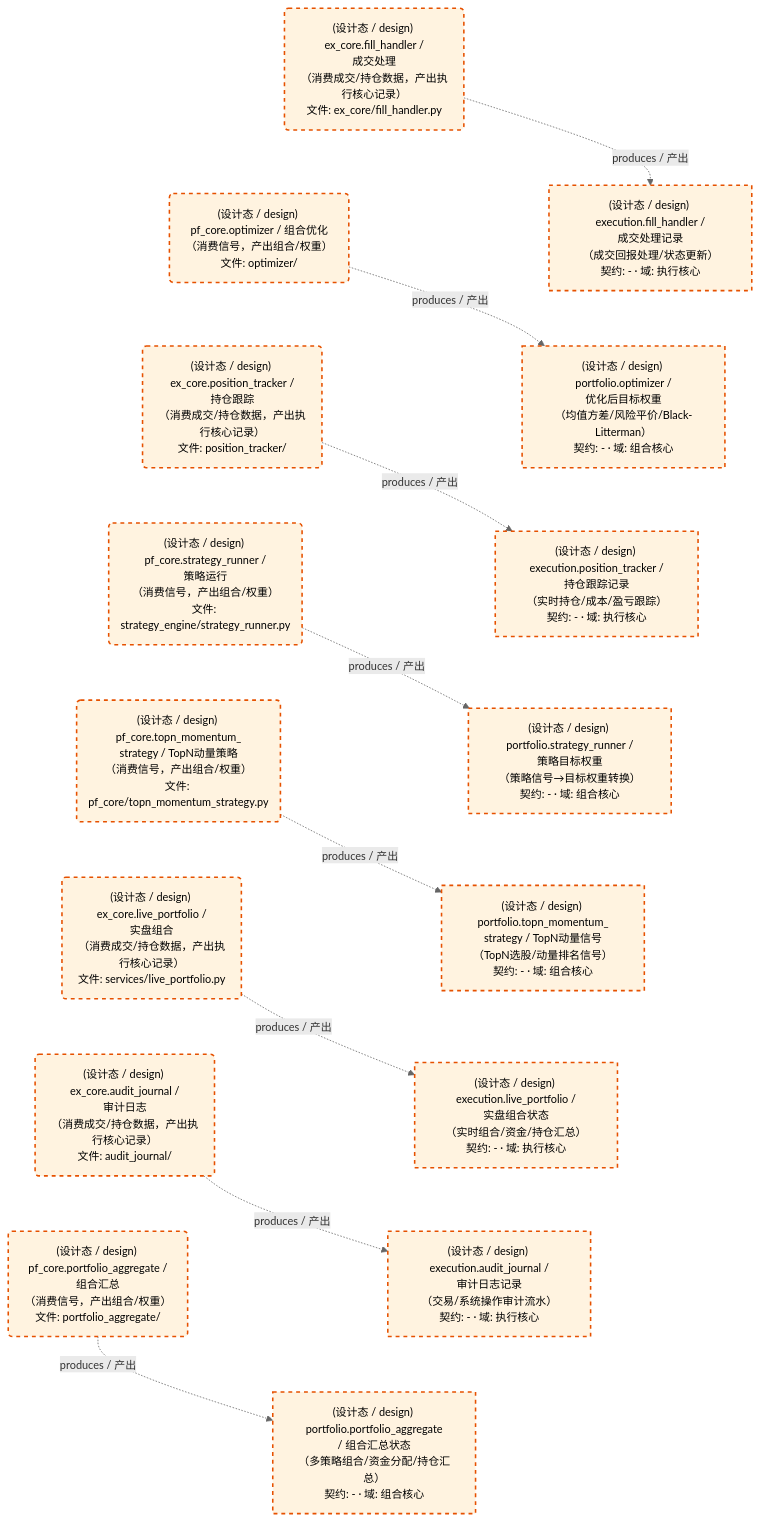
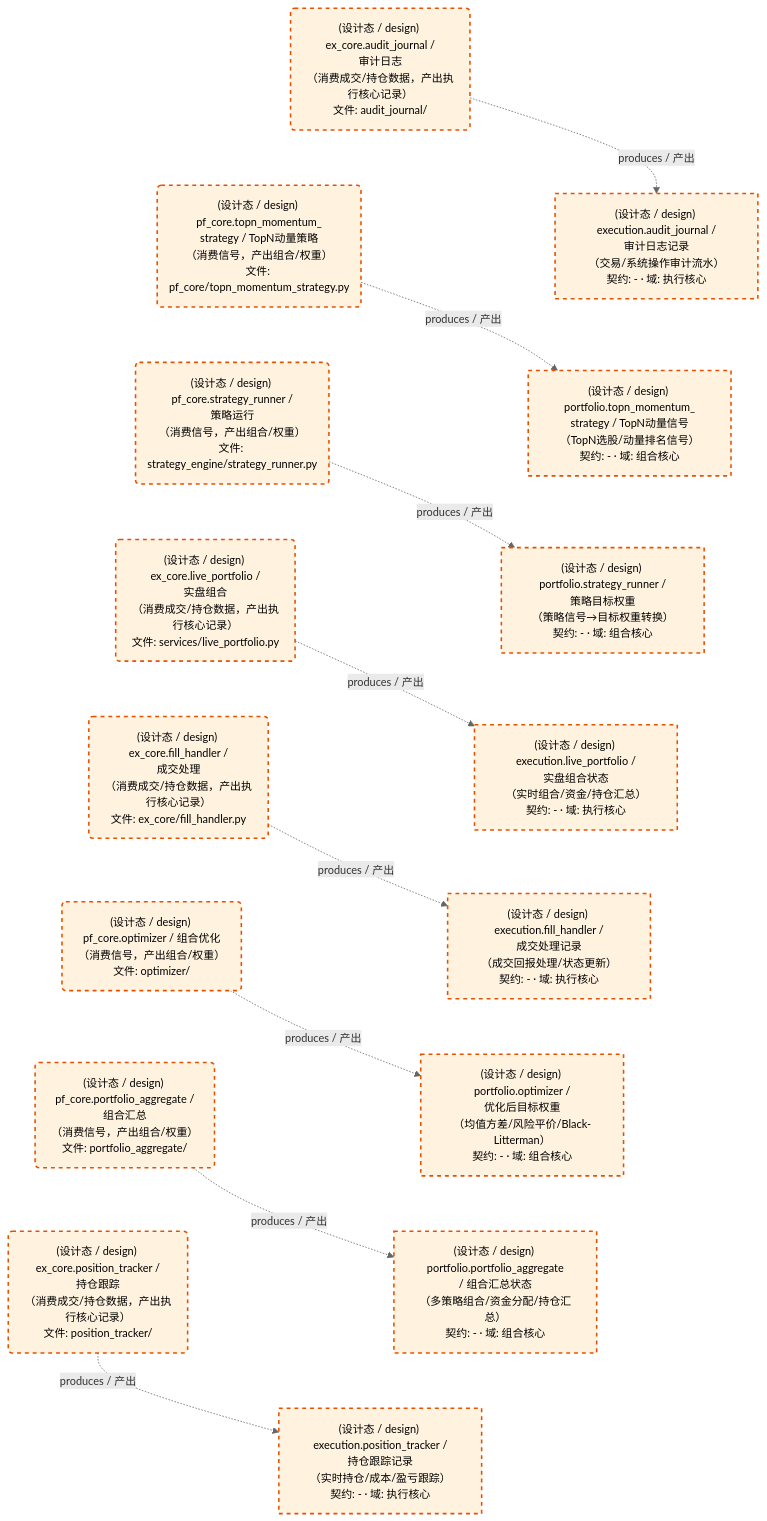
The third of 3 diagrams in docs/02_enterprise_architecture/05_dataflow_architecture/d_ex_pf_core.md (xuanFelixVan/ZephyrAlpha), drawn with Mermaid before and after one commit. The commit also changed other lines of this file and 190 other files, not shown here.

````diff
--- a/docs/02_enterprise_architecture/05_dataflow_architecture/d_ex_pf_core.md
+++ b/docs/02_enterprise_architecture/05_dataflow_architecture/d_ex_pf_core.md
@@ -144,47 +144,47 @@
 ```mermaid
 %%{init: {'theme': 'base', 'themeVariables': {'primaryColor': '#eaeaea', 'primaryTextColor': '#333333', 'primaryBorderColor': '#666666', 'lineColor': '#666666', 'secondaryColor': '#eaeaea', 'tertiaryColor': '#eaeaea', 'clusterBkg': 'transparent', 'clusterBorder': 'transparent', 'fontSize': '14px'}}}%%
 flowchart TD
     DS11263["(设计态 / design) execution.audit_journal /<br/>审计日志记录<br/>（交易/系统操作审计流水）<br/>契约: - · 域: 执行核心"]
     DS11264["(设计态 / design) execution.fill_handler /<br/>成交处理记录<br/>（成交回报处理/状态更新）<br/>契约: - · 域: 执行核心"]
     DS11266["(设计态 / design) execution.live_portfolio /<br/>实盘组合状态<br/>（实时组合/资金/持仓汇总）<br/>契约: - · 域: 执行核心"]
     DS11265["(设计态 / design) execution.position_tracker /<br/>持仓跟踪记录<br/>（实时持仓/成本/盈亏跟踪）<br/>契约: - · 域: 执行核心"]
     DS11267["(设计态 / design) portfolio.optimizer /<br/>优化后目标权重<br/>（均值方差/风险平价/Black-Litterman）<br/>契约: - · 域: 组合核心"]
     DS11268["(设计态 / design) portfolio.portfolio_aggregate<br/>/ 组合汇总状态<br/>（多策略组合/资金分配/持仓汇总）<br/>契约: - · 域: 组合核心"]
     DS11269["(设计态 / design) portfolio.strategy_runner /<br/>策略目标权重<br/>（策略信号→目标权重转换）<br/>契约: - · 域: 组合核心"]
     DS11270["(设计态 / design) portfolio.topn_momentum_<br/>strategy / TopN动量信号<br/>（TopN选股/动量排名信号）<br/>契约: - · 域: 组合核心"]
     JOB757627("(设计态 / design) ex_core.audit_journal /<br/>审计日志<br/>（消费成交/持仓数据，产出执行核心记录）<br/>文件: audit_journal/")
     JOB757628("(设计态 / design) ex_core.fill_handler /<br/>成交处理<br/>（消费成交/持仓数据，产出执行核心记录）<br/>文件: ex_core/fill_handler.py")
     JOB757630("(设计态 / design) ex_core.live_portfolio /<br/>实盘组合<br/>（消费成交/持仓数据，产出执行核心记录）<br/>文件: services/live_portfolio.py")
     JOB757629("(设计态 / design) ex_core.position_tracker /<br/>持仓跟踪<br/>（消费成交/持仓数据，产出执行核心记录）<br/>文件: position_tracker/")
     JOB757631("(设计态 / design) pf_core.optimizer / 组合优化<br/>（消费信号，产出组合/权重）<br/>文件: optimizer/")
     JOB757632("(设计态 / design) pf_core.portfolio_aggregate /<br/>组合汇总<br/>（消费信号，产出组合/权重）<br/>文件: portfolio_aggregate/")
     JOB757633("(设计态 / design) pf_core.strategy_runner /<br/>策略运行<br/>（消费信号，产出组合/权重）<br/>文件: strategy_engine/strategy_runner.py")
     JOB757634("(设计态 / design) pf_core.topn_momentum_<br/>strategy / TopN动量策略<br/>（消费信号，产出组合/权重）<br/>文件: pf_core/topn_momentum_strategy.py")
     JOB757627 -.->|produces / 产出| DS11263
     JOB757628 -.->|produces / 产出| DS11264
     JOB757629 -.->|produces / 产出| DS11265
     JOB757630 -.->|produces / 产出| DS11266
     JOB757631 -.->|produces / 产出| DS11267
     JOB757632 -.->|produces / 产出| DS11268
     JOB757633 -.->|produces / 产出| DS11269
     JOB757634 -.->|produces / 产出| DS11270
+    JOB757627 ~~~ JOB757634
+    JOB757634 ~~~ JOB757633
+    JOB757633 ~~~ JOB757630
+    JOB757630 ~~~ JOB757628
     JOB757628 ~~~ JOB757631
-    JOB757631 ~~~ JOB757629
-    JOB757629 ~~~ JOB757633
-    JOB757633 ~~~ JOB757634
-    JOB757634 ~~~ JOB757630
-    JOB757630 ~~~ JOB757627
-    JOB757627 ~~~ JOB757632
+    JOB757631 ~~~ JOB757632
+    JOB757632 ~~~ JOB757629
+    DS11263 ~~~ DS11270
+    DS11270 ~~~ DS11269
+    DS11269 ~~~ DS11266
+    DS11266 ~~~ DS11264
     DS11264 ~~~ DS11267
-    DS11267 ~~~ DS11265
-    DS11265 ~~~ DS11269
-    DS11269 ~~~ DS11270
-    DS11270 ~~~ DS11266
-    DS11266 ~~~ DS11263
-    DS11263 ~~~ DS11268
+    DS11267 ~~~ DS11268
+    DS11268 ~~~ DS11265
     classDef production fill:#e1f5fe,stroke:#01579b,stroke-width:2px,color:#000
     classDef design fill:#fff3e0,stroke:#e65100,stroke-width:2px,color:#000,stroke-dasharray: 5 5
     classDef external_prod fill:#e8f4fd,stroke:#0277bd,stroke-width:1px,color:#000
     classDef external_design fill:#fff8e7,stroke:#ef6c00,stroke-width:1px,color:#000,stroke-dasharray: 5 5
     class DS11263,DS11264,DS11266,DS11265,DS11267,DS11268,DS11269,DS11270,JOB757627,JOB757628,JOB757630,JOB757629,JOB757631,JOB757632,JOB757633,JOB757634 design
 ```
````
